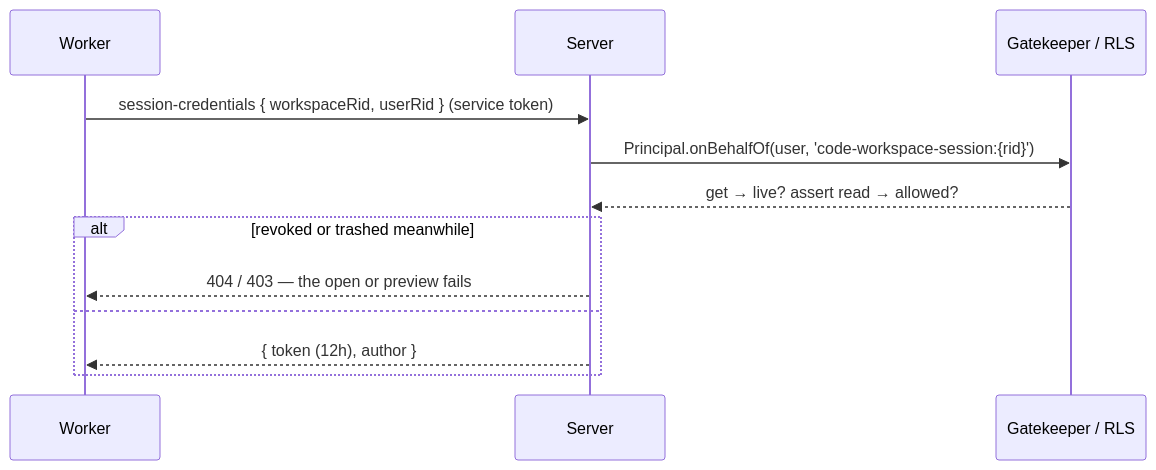
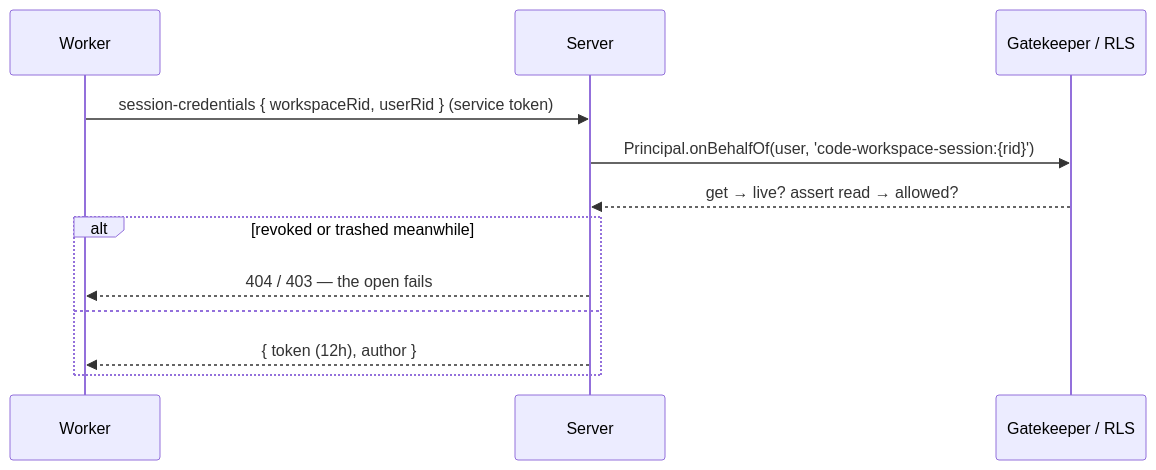
One commit to RolandTeslaru/Quarry changed the second of 2 diagrams in docs/design/code-workspaces/authorization.md. Above: the diagram before and after it, drawn with Mermaid. The commit also changed other lines of this file and 14 other files, not shown here.

````diff
--- a/docs/design/code-workspaces/authorization.md
+++ b/docs/design/code-workspaces/authorization.md
@@ -60,15 +58,15 @@
 ```mermaid
 sequenceDiagram
     participant W as Worker
     participant S as Server
     participant G as Gatekeeper / RLS
 
     W->>S: session-credentials { workspaceRid, userRid } (service token)
     S->>G: Principal.onBehalfOf(user, 'code-workspace-session:{rid}')
     G-->>S: get → live? assert read → allowed?
     alt revoked or trashed meanwhile
-        S-->>W: 404 / 403 — the open or preview fails
+        S-->>W: 404 / 403 — the open fails
     else
         S-->>W: { token (12h), author }
     end
 ```
````
